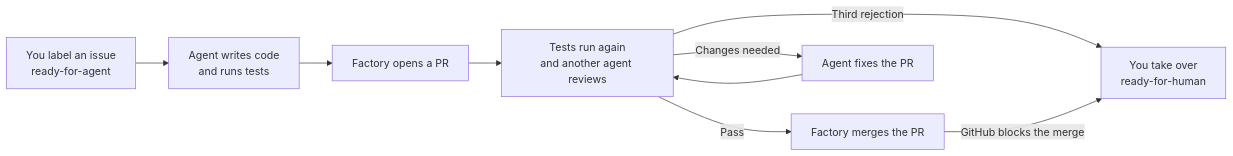
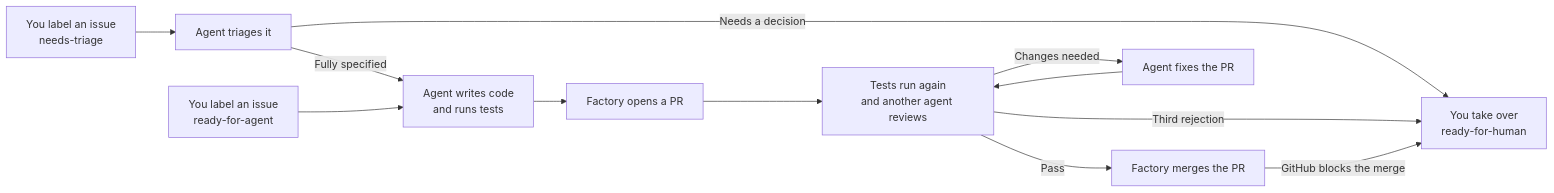
One commit to jonbaldie/software-factory changed the diagram in README.md. Above: the diagram before and after it, drawn with Mermaid. The commit also changed other lines of this file and 9 other files, not shown here.

````diff
--- a/README.md
+++ b/README.md
@@ -15,11 +15,14 @@
 ```mermaid
 flowchart LR
+  triage["You label an issue<br/>needs-triage"] --> triager["Agent triages it"]
+  triager -->|Fully specified| implement
+  triager -->|Needs a decision| human
   issue["You label an issue<br/>ready-for-agent"] --> implement["Agent writes code<br/>and runs tests"]
   implement --> pr["Factory opens a PR"]
   pr --> review["Tests run again<br/>and another agent reviews"]
   review -->|Pass| merge["Factory merges the PR"]
   review -->|Changes needed| fix["Agent fixes the PR"]
   fix --> review
   review -->|Third rejection| human["You take over<br/>ready-for-human"]
   merge -->|GitHub blocks the merge| human
 ```
````
